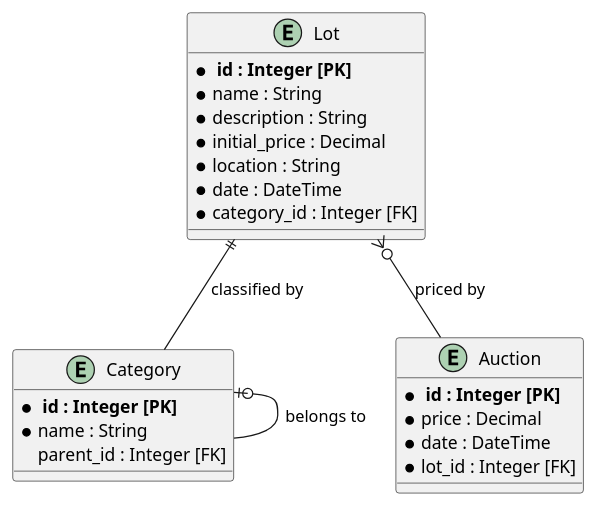
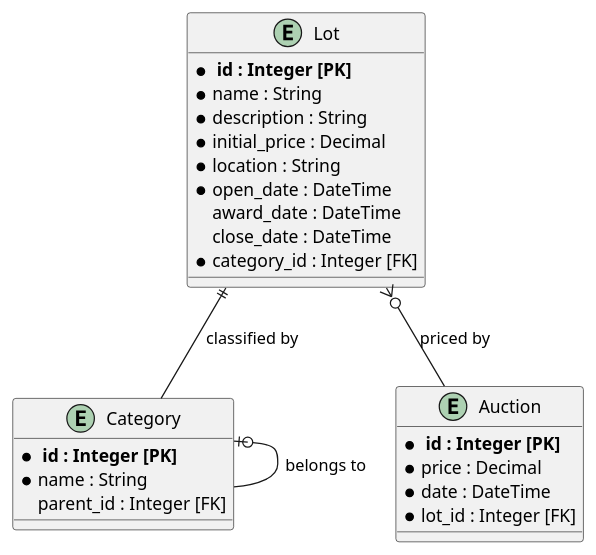
One commit to ETML-ES-LABEFE-MANUEL-THEO/BACKEND changed the diagram in docs/mld.puml. Above: the diagram before and after it, drawn with PlantUML. The commit also changed 2 other files, not shown here.

Commit message:
docs: DTOs and better diagrams

```diff
--- a/docs/mld.puml
+++ b/docs/mld.puml
@@ -1,29 +1,31 @@
-@startuml
+ @startuml
 
 entity Category {
     * ** id : Integer [PK] **
     * name : String
     parent_id : Integer [FK]
 }
 Category |o-- Category : belongs to
 
 entity Lot {
     * ** id : Integer [PK] **
     * name : String
     * description : String
     * initial_price : Decimal
     * location : String
-    * date : DateTime
+    * open_date : DateTime
+    award_date : DateTime
+    close_date : DateTime
     * category_id : Integer [FK]
 }
 Lot ||-- Category : classified by
 
 entity Auction {
     * ** id : Integer [PK] **
     * price : Decimal
     * date : DateTime
     * lot_id : Integer [FK]
 }
 Lot }o-- Auction : priced by
 
 @enduml
```
